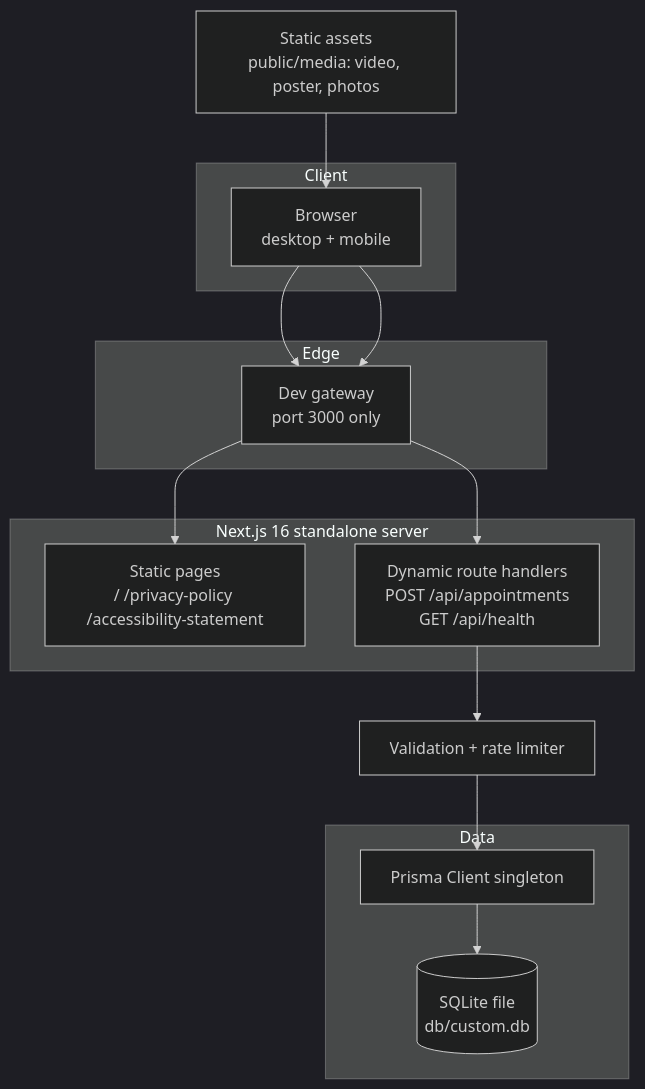
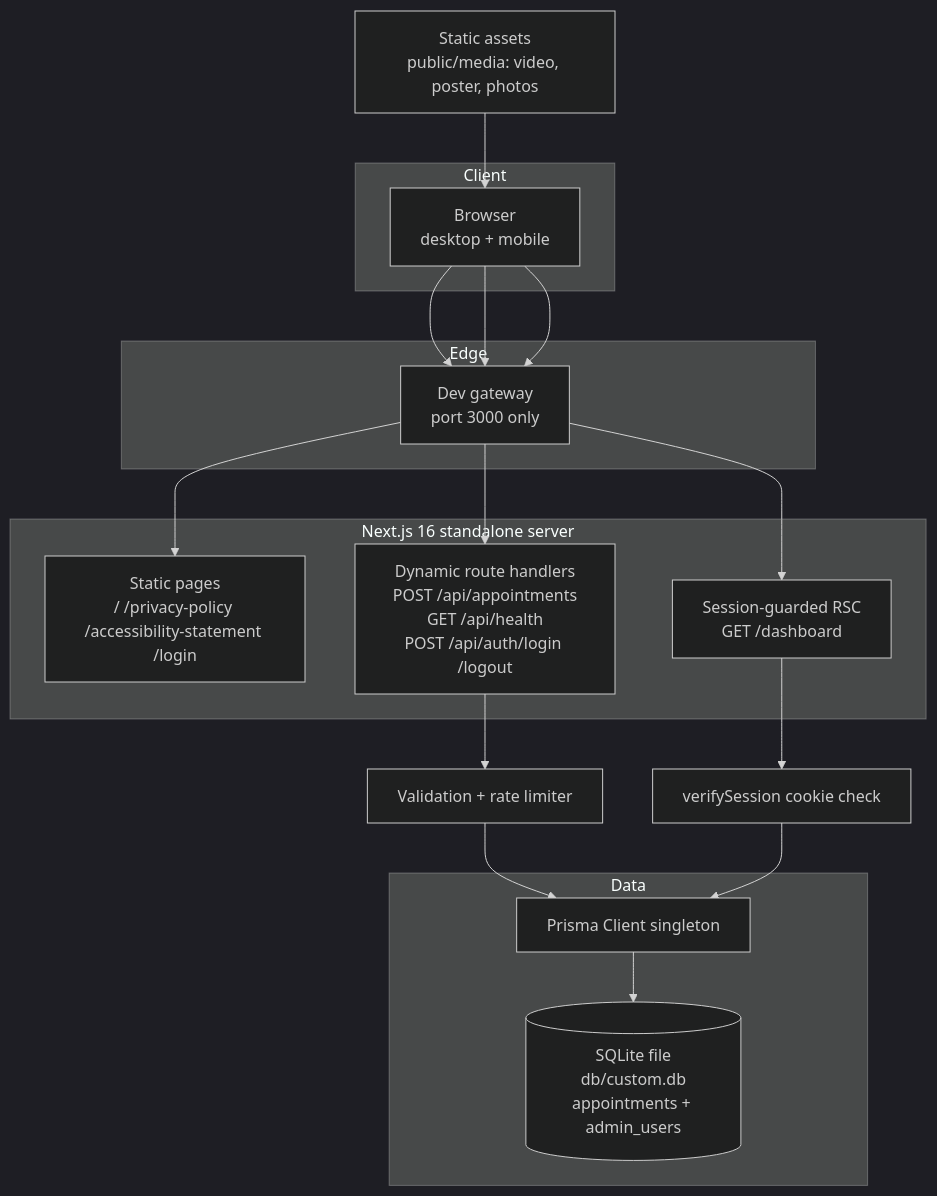
The first of 2 diagrams in Project_Architecture_Document.md (nordeim/health-care-clinic), drawn with Mermaid (dark theme) before and after one commit. The commit also changed other lines of this file and 27 other files, not shown here.

First line of the commit message:
feat: staff auth + appointment dashboard, env determinism guard, docs alignment (session 2)

````diff
--- a/Project_Architecture_Document.md
+++ b/Project_Architecture_Document.md
@@ -184,21 +249,24 @@
 ```mermaid
 flowchart TB
     subgraph Client
         B[Browser<br/>desktop + mobile]
     end
     subgraph Edge
         Caddy[Dev gateway<br/>port 3000 only]
     end
     subgraph App[Next.js 16 standalone server]
-        RSC[Static pages<br/>/ /privacy-policy /accessibility-statement]
-        API[Dynamic route handlers<br/>POST /api/appointments<br/>GET /api/health]
+        RSC[Static pages<br/>/ /privacy-policy /accessibility-statement /login]
+        DASH[Session-guarded RSC<br/>GET /dashboard]
+        API[Dynamic route handlers<br/>POST /api/appointments<br/>GET /api/health<br/>POST /api/auth/login /logout]
     end
     subgraph Data
         P[Prisma Client singleton]
-        DB[(SQLite file<br/>db/custom.db)]
+        DB[(SQLite file<br/>db/custom.db<br/>appointments + admin_users)]
     end
     B --> Caddy --> RSC
+    B --> Caddy --> DASH
     B --> Caddy --> API
     API --> V[Validation + rate limiter] --> P --> DB
+    DASH --> AUTH[verifySession cookie check] --> P
     M[Static assets<br/>public/media: video, poster, photos] --> B
 ```
````
